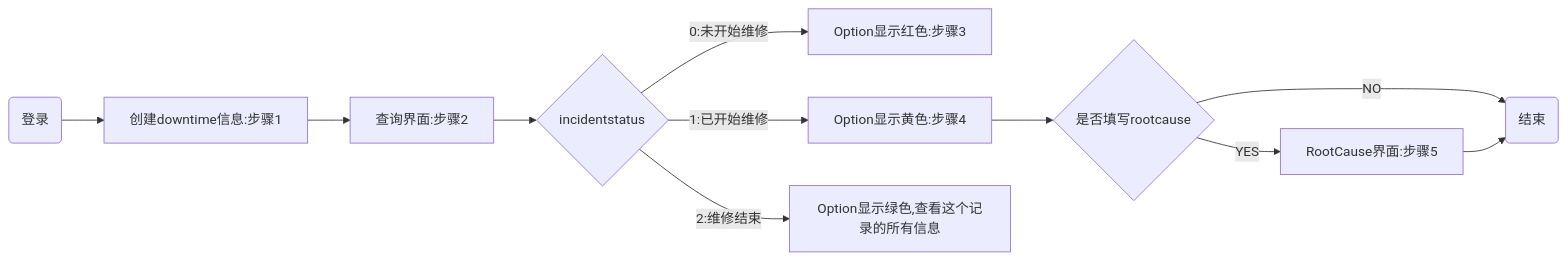
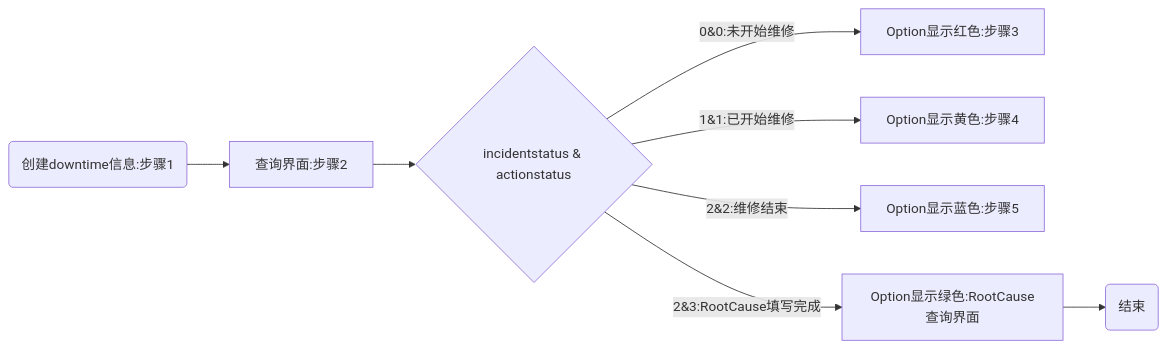
One commit to ymmltp/DowntimeSystem changed the diagram in ReadMe.md. Above: the diagram before and after it, drawn with Mermaid. The commit also changed other lines of this file and 245 other files, not shown here.

````diff
--- a/ReadMe.md
+++ b/ReadMe.md
@@ -73,13 +73,10 @@
 ```mermaid
 graph LR;
-  0(登录)-->A[创建downtime信息:步骤1]
-  A-->B[查询界面:步骤2]
-  B-->C{incidentstatus}
-  C-->|0:未开始维修|D[Option显示红色:步骤3]
-  C-->|1:已开始维修|E[Option显示黄色:步骤4]
-  E-->T{是否填写rootcause}
-  C-->|2:维修结束|G[Option显示绿色,查看这个记录的所有信息]
-  T-->|YES|F[RootCause界面:步骤5]
-  T-->|NO|H(结束)
-  F-->H
+  A(创建downtime信息:步骤1)-->B[查询界面:步骤2]
+  B-->C{incidentstatus & actionstatus}
+  C-->|0&0:未开始维修|D[Option显示红色:步骤3]
+  C-->|1&1:已开始维修|E[Option显示黄色:步骤4]
+  C-->|2&2:维修结束|G[Option显示蓝色:步骤5]
+  C-->|2&3:RootCause填写完成|F[Option显示绿色:RootCause查询界面]
+  F-->H(结束)
 ```
````
